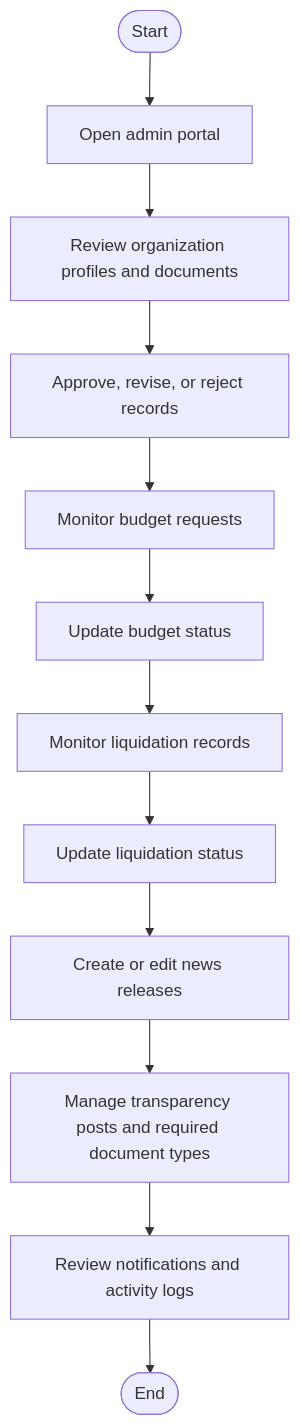
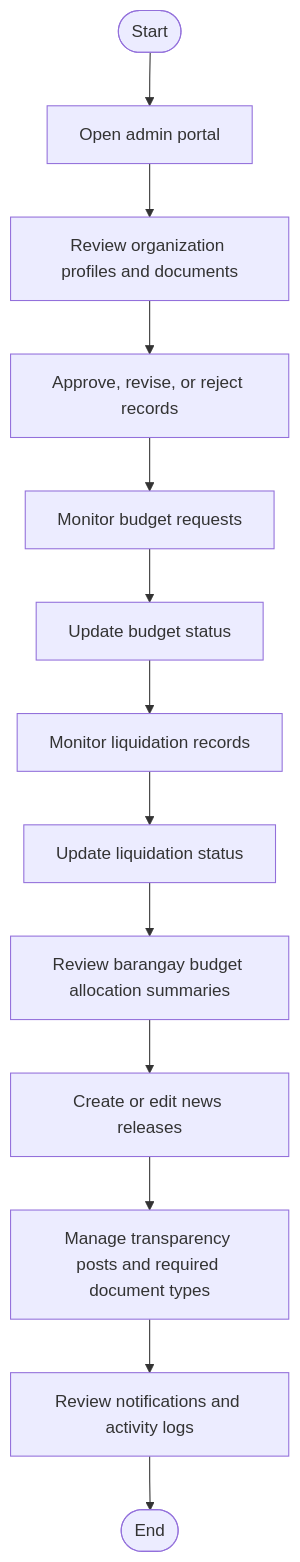
One commit to txiaoqt/lydo-connect-org-focused changed the third of 3 diagrams in Methodology/3.2.1-Activity-Diagram.md. Above: the diagram before and after it, drawn with Mermaid. The commit also changed other lines of this file and 14 other files, not shown here.

````diff
--- a/Methodology/3.2.1-Activity-Diagram.md
+++ b/Methodology/3.2.1-Activity-Diagram.md
@@ -44,14 +44,15 @@
 ```mermaid
 flowchart TD
     A([Start]) --> B["Open admin portal"]
     B --> C["Review organization profiles and documents"]
     C --> D["Approve, revise, or reject records"]
     D --> E["Monitor budget requests"]
     E --> F["Update budget status"]
     F --> G["Monitor liquidation records"]
     G --> H["Update liquidation status"]
-    H --> I["Create or edit news releases"]
-    I --> J["Manage transparency posts and required document types"]
-    J --> K["Review notifications and activity logs"]
-    K --> L([End])
+    H --> I["Review barangay budget allocation summaries"]
+    I --> J["Create or edit news releases"]
+    J --> K["Manage transparency posts and required document types"]
+    K --> L["Review notifications and activity logs"]
+    L --> M([End])
 ```
````
